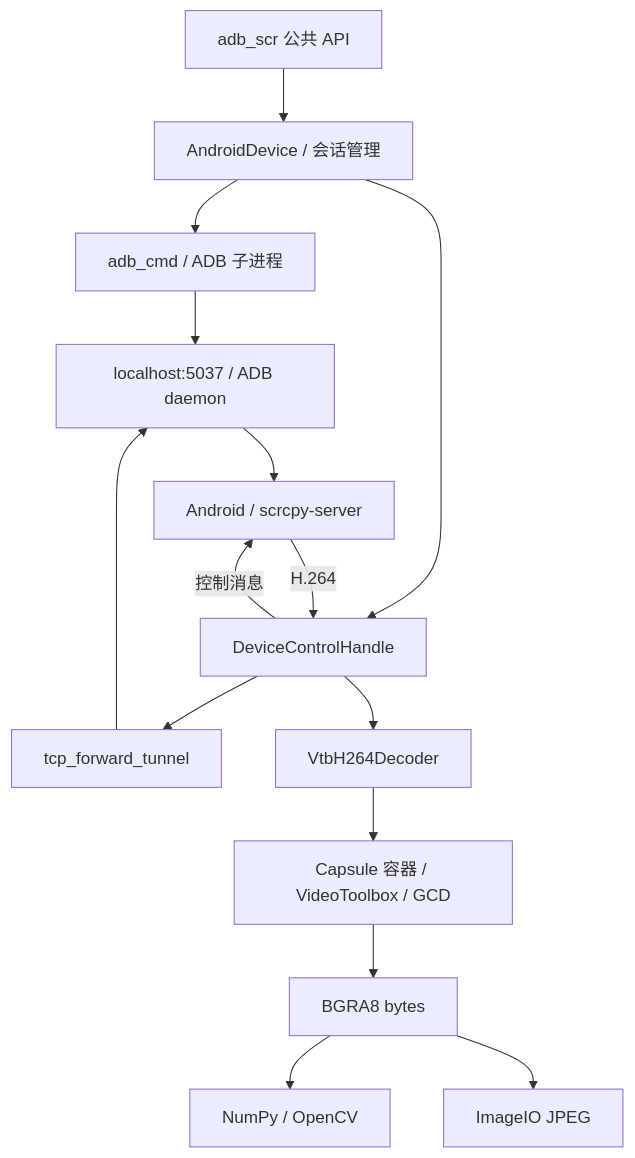
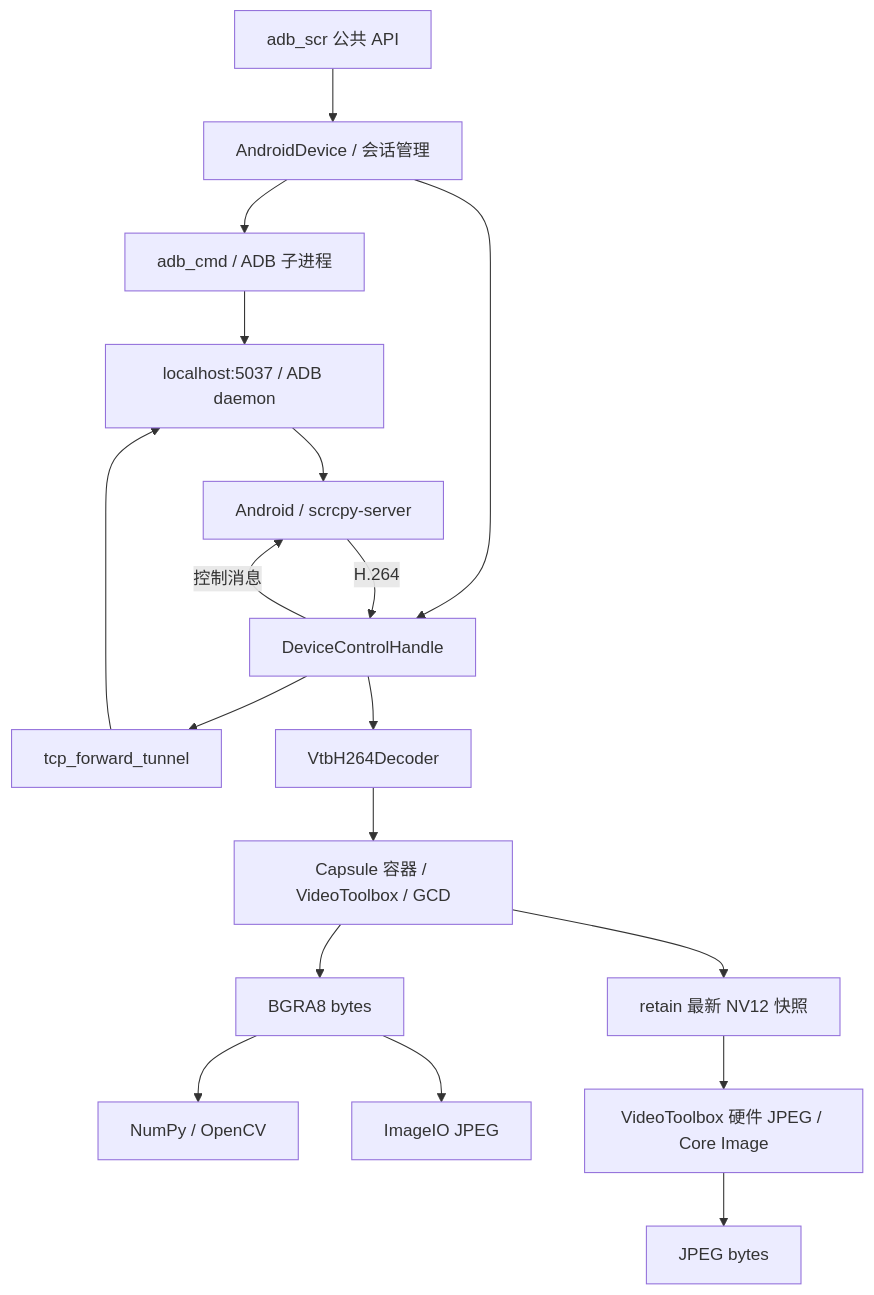
Before and after one commit to czf0613/adb_scr_py: the diagram in docs/architecture.md, drawn with Mermaid. The commit also changed other lines of this file and 18 other files, not shown here.

Commit message:
feat: 截图接口支持原生 JPEG 编码与裁剪缩放

````diff
--- a/docs/architecture.md
+++ b/docs/architecture.md
@@ -13,17 +13,20 @@
 ```mermaid
 flowchart TD
     API[adb_scr 公共 API] --> Device[AndroidDevice / 会话管理]
     Device --> Cmd[adb_cmd / ADB 子进程]
     Device --> Handle[DeviceControlHandle]
     Handle --> Tunnel[tcp_forward_tunnel]
     Tunnel --> ADB[localhost:5037 / ADB daemon]
     Cmd --> ADB
     ADB --> Phone[Android / scrcpy-server]
     Phone -->|H.264| Handle
     Handle -->|控制消息| Phone
     Handle --> Decoder[VtbH264Decoder]
     Decoder --> Native[Capsule 容器 / VideoToolbox / GCD]
     Native --> BGRA[BGRA8 bytes]
     BGRA --> CV[NumPy / OpenCV]
     BGRA --> JPEG[ImageIO JPEG]
+    Native --> Snapshot[retain 最新 NV12 快照]
+    Snapshot --> Direct[VideoToolbox 硬件 JPEG / Core Image]
+    Direct --> Bytes[JPEG bytes]
 ```
````
